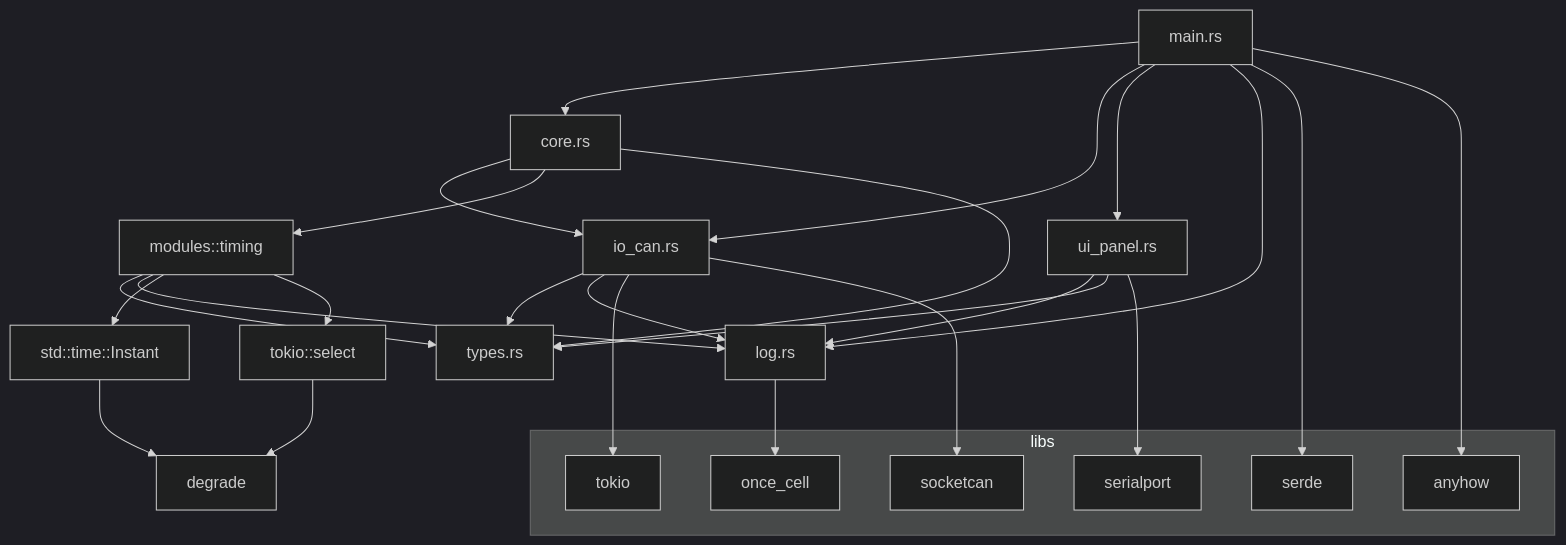
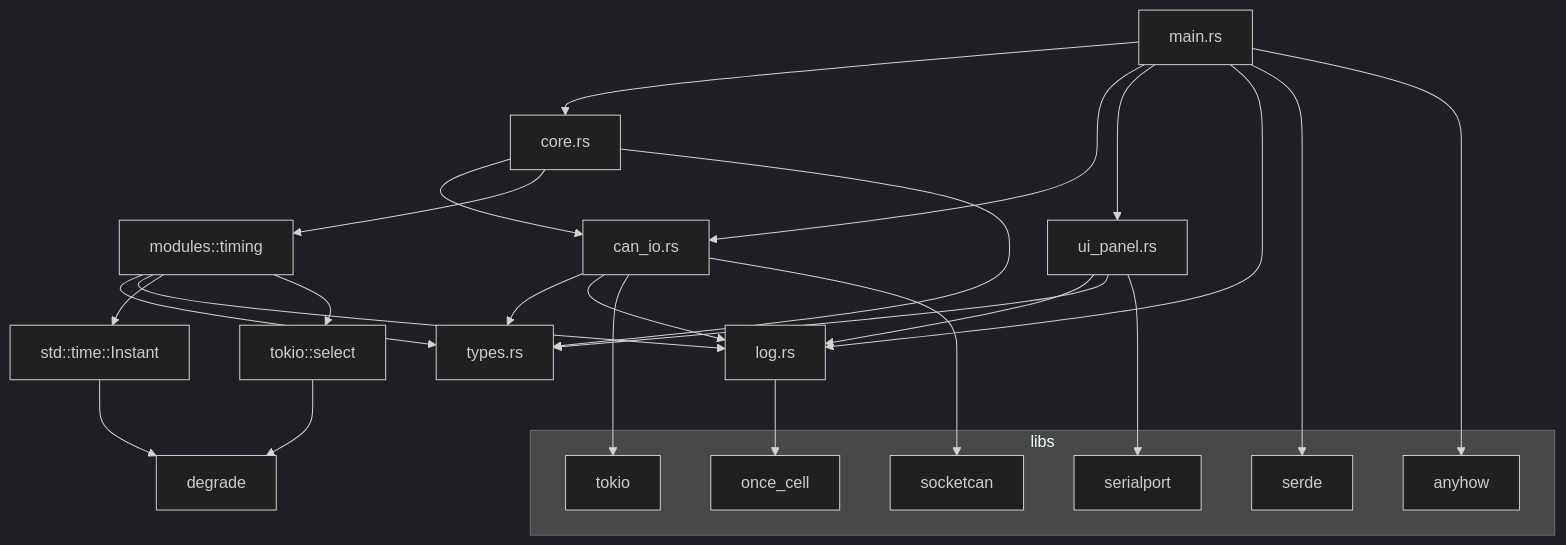
The first of 3 diagrams in doc/ANALYSIS.md (sitexa/sigctl), drawn with Mermaid (dark theme) before and after one commit. The commit also changed other lines of this file and 8 other files, not shown here.

````diff
--- a/doc/ANALYSIS.md
+++ b/doc/ANALYSIS.md
@@ -91,34 +90,34 @@
 ```mermaid
 graph TD
     A[main.rs] --> B[core.rs]
-    A --> C[io_can.rs]
+    A --> C[can_io.rs]
     A --> D[ui_panel.rs]
     A --> E[log.rs]
     B --> C
     B --> F[modules::timing]
     B --> G[types.rs]
     C --> G
     C --> E
     F --> G
     F --> E
     D --> E
     D --> G
     F --> H[std::time::Instant]
     F --> I[tokio::select]
     H --> J[degrade]
     I --> J
     subgraph libs
         K[tokio]
         L[socketcan]
         M[serialport]
         N[serde]
         O[anyhow]
         P[once_cell]
     end
     C --> K
     C --> L
     D --> M
     A --> N
     A --> O
     E --> P
 ```
````
